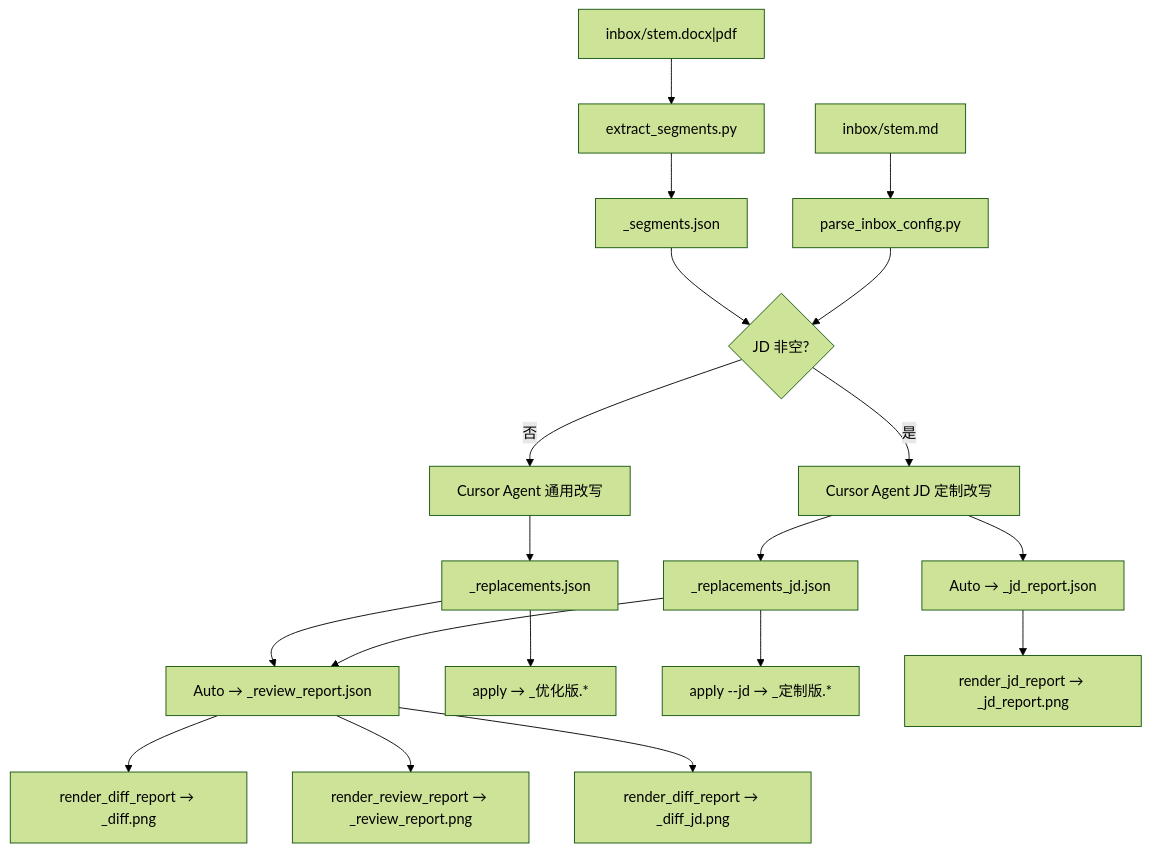
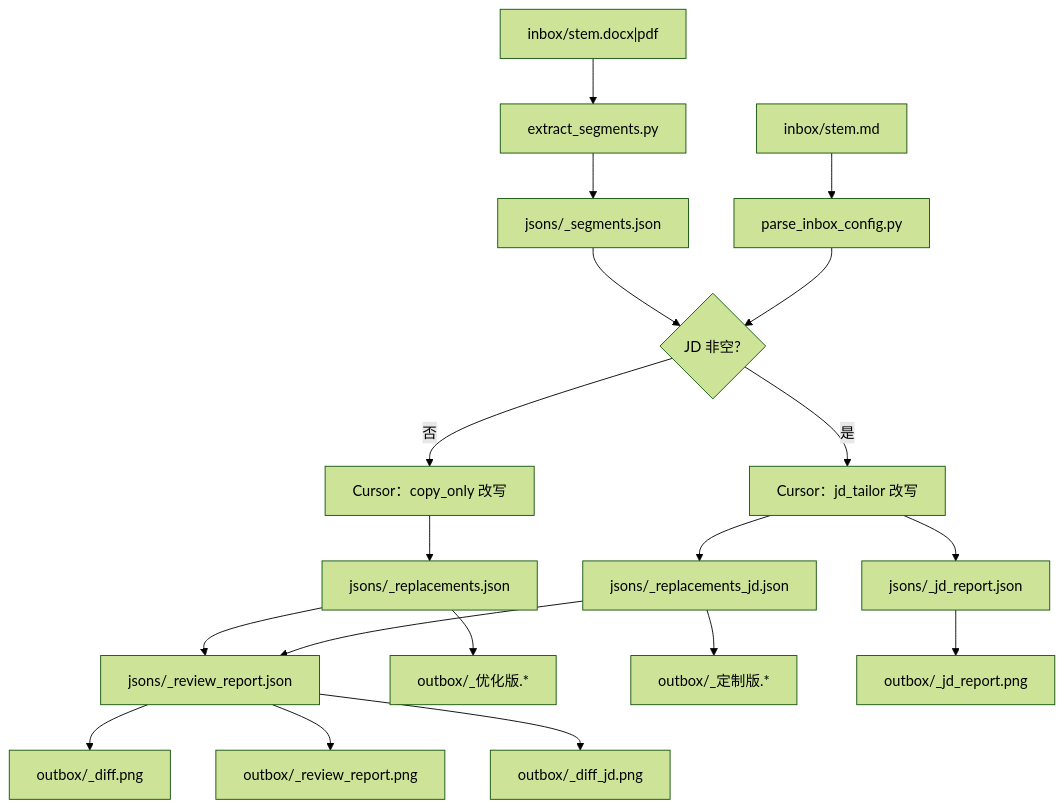
One commit to sowee121/ai-resume changed the diagram in plan.md. Above: the diagram before and after it, drawn with Mermaid (forest theme). The commit also changed other lines of this file and 19 other files, not shown here.

````diff
--- a/plan.md
+++ b/plan.md
@@ -439,23 +67,23 @@
 ```mermaid
 flowchart TD
     InResume["inbox/stem.docx|pdf"]
     InMd["inbox/stem.md"]
     InResume --> Extract["extract_segments.py"]
     InMd --> ParseMD["parse_inbox_config.py"]
-    Extract --> JsonSeg["_segments.json"]
+    Extract --> JsonSeg["jsons/_segments.json"]
     JsonSeg --> JdBranch{JD 非空?}
     ParseMD --> JdBranch
-    JdBranch -->|否| Generic["Cursor Agent 通用改写"]
-    JdBranch -->|是| JdTailor["Cursor Agent JD 定制改写"]
-    Generic --> RepGen["_replacements.json"]
-    JdTailor --> RepJd["_replacements_jd.json"]
-    RepGen --> Review["Auto → _review_report.json"]
+    JdBranch -->|否| Generic["Cursor：copy_only 改写"]
+    JdBranch -->|是| JdTailor["Cursor：jd_tailor 改写"]
+    Generic --> RepGen["jsons/_replacements.json"]
+    JdTailor --> RepJd["jsons/_replacements_jd.json"]
+    RepGen --> Review["jsons/_review_report.json"]
     RepJd --> Review
-    RepGen --> Apply1["apply → _优化版.*"]
-    Review --> Diff1["render_diff_report → _diff.png"]
-    Review --> ReviewPng["render_review_report → _review_report.png"]
-    RepJd --> Apply2["apply --jd → _定制版.*"]
-    Review --> Diff2["render_diff_report → _diff_jd.png"]
-    JdTailor --> Report["Auto → _jd_report.json"]
-    Report --> PNG["render_jd_report → _jd_report.png"]
+    RepGen --> Apply1["outbox/_优化版.*"]
+    Review --> Diff1["outbox/_diff.png"]
+    Review --> ReviewPng["outbox/_review_report.png"]
+    RepJd --> Apply2["outbox/_定制版.*"]
+    Review --> Diff2["outbox/_diff_jd.png"]
+    JdTailor --> Report["jsons/_jd_report.json"]
+    Report --> PNG["outbox/_jd_report.png"]
 ```
````
